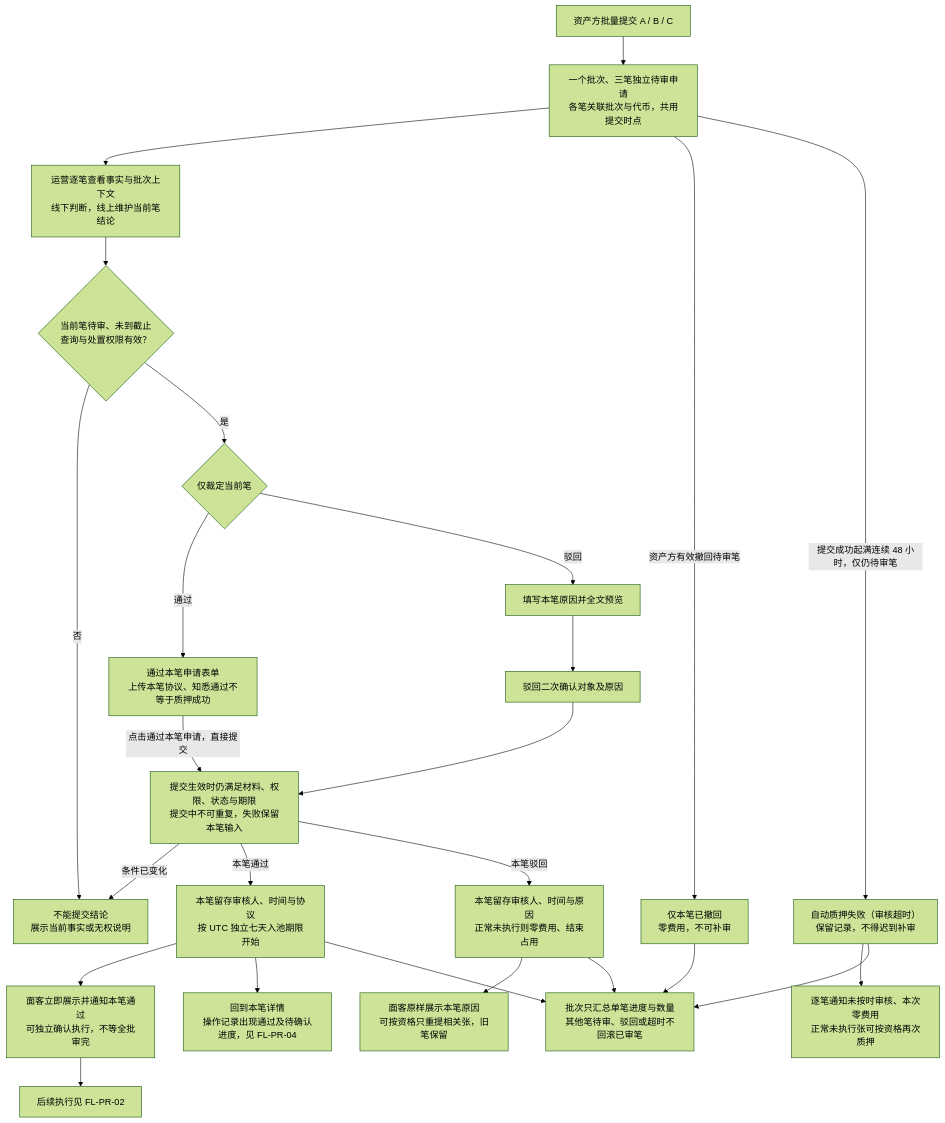
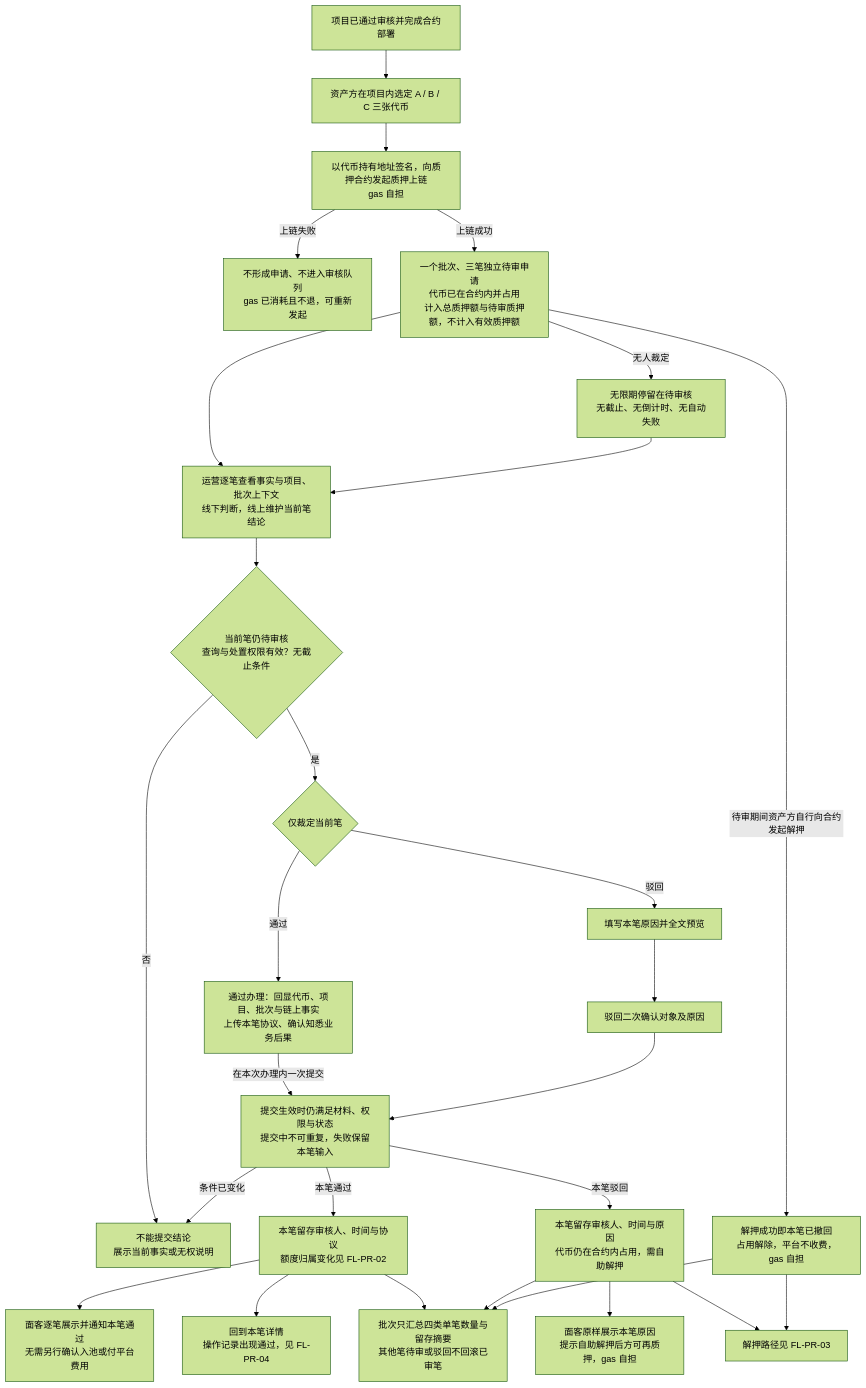
Before and after one commit to wxblockchain/Chain-Financing: the first of 6 diagrams in lending-platform/PRD/v1.0-代币质押审核/02-代币质押审核-流程图与状态机.md, drawn with Mermaid (forest theme). The commit also changed other lines of this file and 4 other files, not shown here.

````diff
--- a/lending-platform/PRD/v1.0-代币质押审核/02-代币质押审核-流程图与状态机.md
+++ b/lending-platform/PRD/v1.0-代币质押审核/02-代币质押审核-流程图与状态机.md
@@ -24,27 +24,30 @@
 ```mermaid
 flowchart TD
-  A["资产方批量提交 A / B / C"] --> B["一个批次、三笔独立待审申请<br/>各笔关联批次与代币，共用提交时点"]
-  B --> C["运营逐笔查看事实与批次上下文<br/>线下判断，线上维护当前笔结论"]
-  C --> D{"当前笔待审、未到截止<br/>查询与处置权限有效？"}
+  S["项目已通过审核并完成合约部署"] --> A["资产方在项目内选定 A / B / C 三张代币"]
+  A --> T["以代币持有地址签名，向质押合约发起质押上链<br/>gas 自担"]
+  T -- "上链失败" --> TF["不形成申请、不进入审核队列<br/>gas 已消耗且不退，可重新发起"]
+  T -- "上链成功" --> B["一个批次、三笔独立待审申请<br/>代币已在合约内并占用<br/>计入总质押额与待审质押额，不计入有效质押额"]
+  B --> C["运营逐笔查看事实与项目、批次上下文<br/>线下判断，线上维护当前笔结论"]
+  C --> D{"当前笔仍待审核<br/>查询与处置权限有效？无截止条件"}
   D -- "否" --> E["不能提交结论<br/>展示当前事实或无权说明"]
   D -- "是" --> F{"仅裁定当前笔"}
-  F -- "通过" --> G["通过本笔申请表单<br/>上传本笔协议、知悉通过不等于质押成功"]
+  F -- "通过" --> G["通过办理：回显代币、项目、批次与链上事实<br/>上传本笔协议、确认知悉业务后果"]
   F -- "驳回" --> H["填写本笔原因并全文预览"]
-  G -- "点击通过本笔申请，直接提交" --> I["提交生效时仍满足材料、权限、状态与期限<br/>提交中不可重复，失败保留本笔输入"]
+  G -- "在本次办理内一次提交" --> I["提交生效时仍满足材料、权限与状态<br/>提交中不可重复，失败保留本笔输入"]
   H --> R["驳回二次确认对象及原因"]
   R --> I
   I -- "条件已变化" --> E
-  I -- "本笔通过" --> J["本笔留存审核人、时间与协议<br/>按 UTC 独立七天入池期限开始"]
-  I -- "本笔驳回" --> K["本笔留存审核人、时间与原因<br/>正常未执行则零费用、结束占用"]
-  J --> L["面客立即展示并通知本笔通过<br/>可独立确认执行，不等全批审完"]
-  L --> X["后续执行见 FL-PR-02"]
-  K --> M["面客原样展示本笔原因<br/>可按资格只重提相关张，旧笔保留"]
-  B -- "资产方有效撤回待审笔" --> N["仅本笔已撤回<br/>零费用，不可补审"]
-  B -- "提交成功起满连续 48 小时，仅仍待审笔" --> O["自动质押失败（审核超时）<br/>保留记录，不得迟到补审"]
-  O --> P["逐笔通知未按时审核、本次零费用<br/>正常未执行张可按资格再次质押"]
-  J --> V["回到本笔详情<br/>操作记录出现通过及待确认进度，见 FL-PR-04"]
-  J --> Q["批次只汇总单笔进度与数量<br/>其他笔待审、驳回或超时不回滚已审笔"]
+  I -- "本笔通过" --> J["本笔留存审核人、时间与协议<br/>额度归属变化见 FL-PR-02"]
+  I -- "本笔驳回" --> K["本笔留存审核人、时间与原因<br/>代币仍在合约内占用，需自助解押"]
+  J --> L["面客逐笔展示并通知本笔通过<br/>无需另行确认入池或付平台费用"]
+  K --> M["面客原样展示本笔原因<br/>提示自助解押后方可再质押，gas 自担"]
+  K --> X["解押路径见 FL-PR-03"]
+  B -- "待审期间资产方自行向合约发起解押" --> N["解押成功即本笔已撤回<br/>占用解除，平台不收费，gas 自担"]
+  N --> X
+  B -- "无人裁定" --> W["无限期停留在待审核<br/>无截止、无倒计时、无自动失败"]
+  W --> C
+  J --> V["回到本笔详情<br/>操作记录出现通过，见 FL-PR-04"]
+  J --> Q["批次只汇总四类单笔数量与留存摘要<br/>其他笔待审或驳回不回滚已审笔"]
   K --> Q
   N --> Q
-  O --> Q
 ```
````
